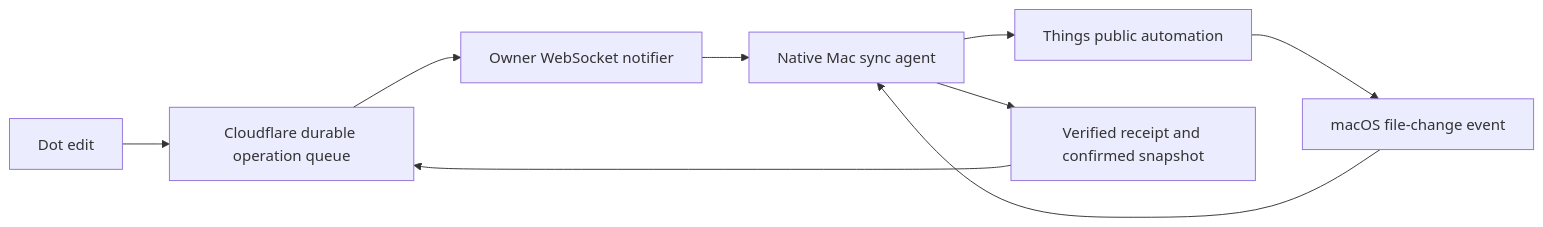
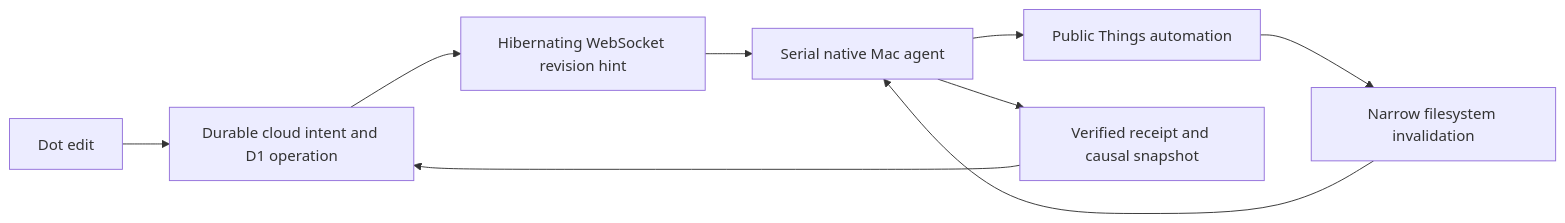
Before and after one commit to mars-s/lifeos: the diagram in docs/event-driven-sync-design.md, drawn with Mermaid. The commit also changed other lines of this file and 12 other files, not shown here.

Commit message:
Activate event-driven cloud-authoritative native sync

````diff
--- a/docs/event-driven-sync-design.md
+++ b/docs/event-driven-sync-design.md
@@ -23,11 +7,11 @@
 ```mermaid
 flowchart LR
-  Dot[Dot edit] --> Queue[Cloudflare durable operation queue]
-  Queue --> Signal[Owner WebSocket notifier]
-  Signal --> Agent[Native Mac sync agent]
-  Agent --> Things[Things public automation]
-  Things --> Watch[macOS file-change event]
+  Dot[Dot edit] --> Queue[Durable cloud intent and D1 operation]
+  Queue --> Signal[Hibernating WebSocket revision hint]
+  Signal --> Agent[Serial native Mac agent]
+  Agent --> Things[Public Things automation]
+  Things --> Watch[Narrow filesystem invalidation]
   Watch --> Agent
-  Agent --> Receipt[Verified receipt and confirmed snapshot]
+  Agent --> Receipt[Verified receipt and causal snapshot]
   Receipt --> Queue
 ```
````
